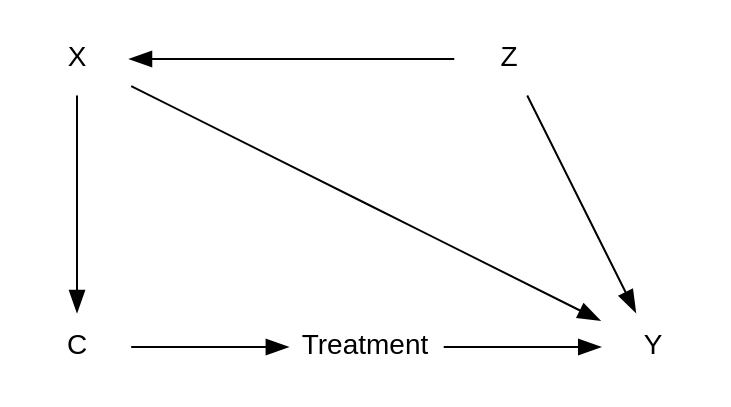
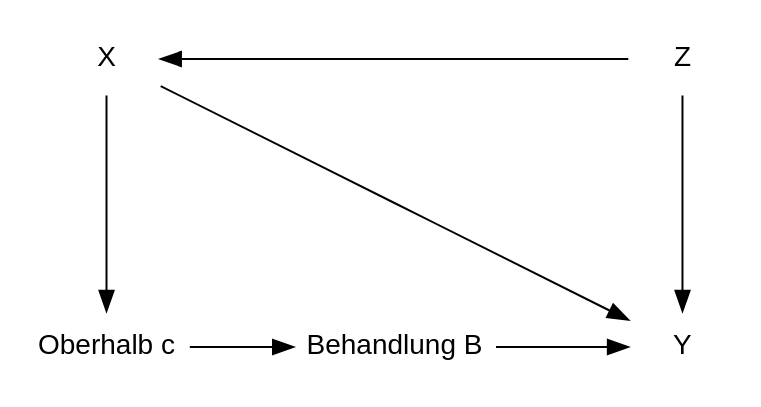
The first of 2 diagrams in RDD.qmd (mca91/kasa_book), drawn with Graphviz before and after one commit. The commit also changed other lines of this file and 86 other files, not shown here.

````diff
--- a/RDD.qmd
+++ b/RDD.qmd
@@ -180,25 +179,25 @@
 ```{dot}
 //| fig-width: 5
 //| fig-height: 3
 //| fig-align: 'center'
-//| fig-cap: "Causal Diagram für RDD"
+//| fig-cap: "Kausales Diagramm für Sharp RDD"
 //| label: "fig-CDRDD" 
 digraph "Causal Diagramm RDD" {
   layout=neato
   fontname="Helvetica,Arial,sans-serif"
   node [fontname="Helvetica,Arial,sans-serif"]
   edge [fontname="Helvetica,Arial,sans-serif"]
   node [shape=none];
   "X" [pos="0,1!"]
   "Y" [pos="4,-1!"]
-  "C" [pos="0,-1!"]
-  "Z" [pos="3,1!"]
-  "Treatment" [pos="2,-1!"]
+  "Oberhalb c" [pos="0,-1!"]
+  "Z" [pos="4,1!"]
+  "Behandlung B" [pos="2,-1!"]
   "X" -> "Y"
   "Z" -> "X"
   "Z" -> "Y"
-  "X" -> "C"
-  "C" -> "Treatment"
-  "Treatment" -> "Y"
+  "X" -> "Oberhalb c"
+  "Oberhalb c" -> "Behandlung B"
+  "Behandlung B" -> "Y"
 }
 ```
````
